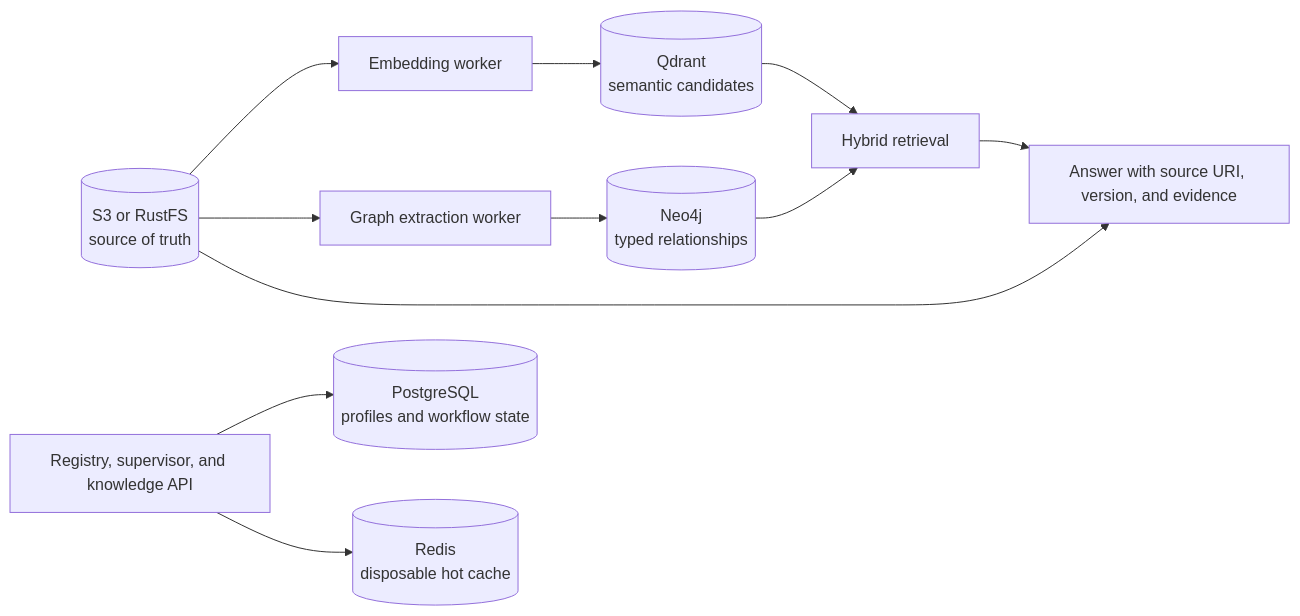
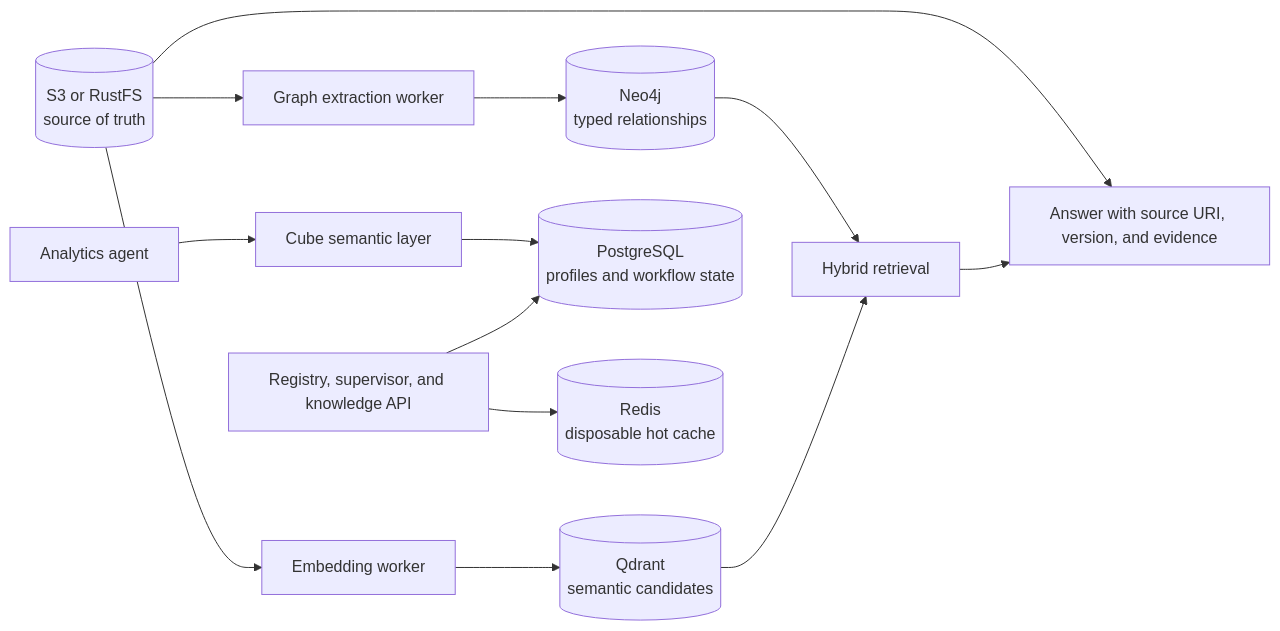
Before and after one commit to sqe/agentic-kubernetes-platform: the diagram in docs/DATA_SERVICES.md, drawn with Mermaid. The commit also changed other lines of this file and 54 other files, not shown here.

````diff
--- a/docs/DATA_SERVICES.md
+++ b/docs/DATA_SERVICES.md
@@ -15,14 +17,15 @@
 ```mermaid
 flowchart LR
     Source[(S3 or RustFS<br/>source of truth)]
     Embed[Embedding worker]
     Graph[Graph extraction worker]
     Source --> Embed --> Qdrant[(Qdrant<br/>semantic candidates)]
     Source --> Graph --> Neo4j[(Neo4j<br/>typed relationships)]
     API[Registry, supervisor, and knowledge API] --> PostgreSQL[(PostgreSQL<br/>profiles and workflow state)]
     API --> Redis[(Redis<br/>disposable hot cache)]
+    Analytics[Analytics agent] --> Cube[Cube semantic layer] --> PostgreSQL
     Qdrant --> Hybrid[Hybrid retrieval]
     Neo4j --> Hybrid
     Hybrid --> Citation[Answer with source URI, version, and evidence]
     Source --> Citation
 ```
````
